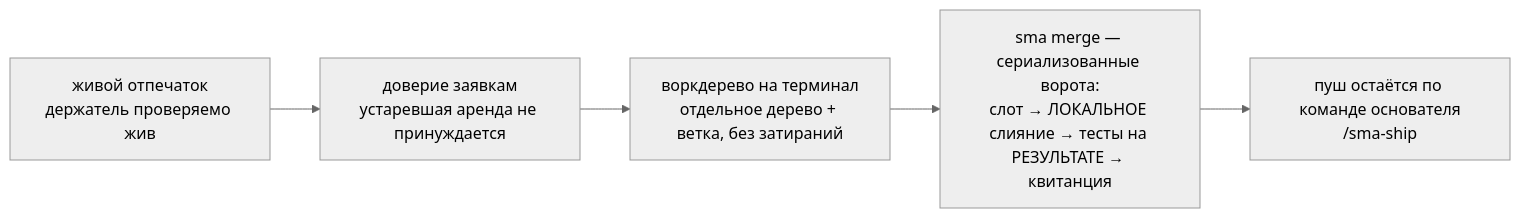
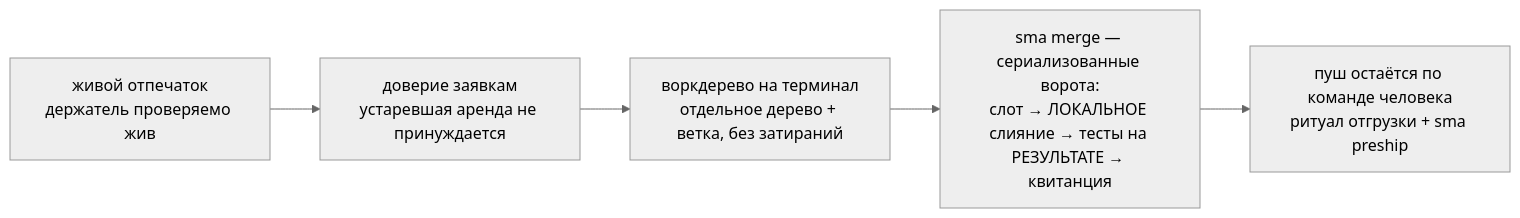
Before and after one commit to sma-framework/sma: the tenth of 24 diagrams in docs/DETAILS.ru.md, drawn with Mermaid (neutral theme). The commit also changed other lines of this file and 1 other file, not shown here.

````diff
--- a/docs/DETAILS.ru.md
+++ b/docs/DETAILS.ru.md
@@ -407,7 +407,7 @@
 ```mermaid
 flowchart LR
     F["живой отпечаток<br>держатель проверяемо жив"] --> CT["доверие заявкам<br>устаревшая аренда не принуждается"]
     CT --> WT["воркдерево на терминал<br>отдельное дерево + ветка, без затираний"]
     WT --> MG["sma merge — сериализованные ворота:<br>слот → ЛОКАЛЬНОЕ слияние → тесты на РЕЗУЛЬТАТЕ → квитанция"]
-    MG --> SHIP["пуш остаётся по команде основателя<br>/sma-ship"]
+    MG --> SHIP["пуш остаётся по команде человека<br>ритуал отгрузки + sma preship"]
 ```
````
